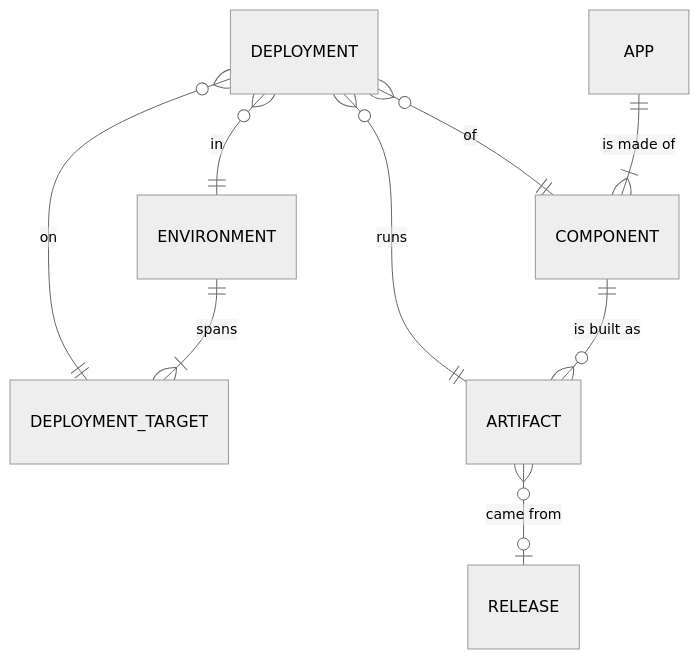
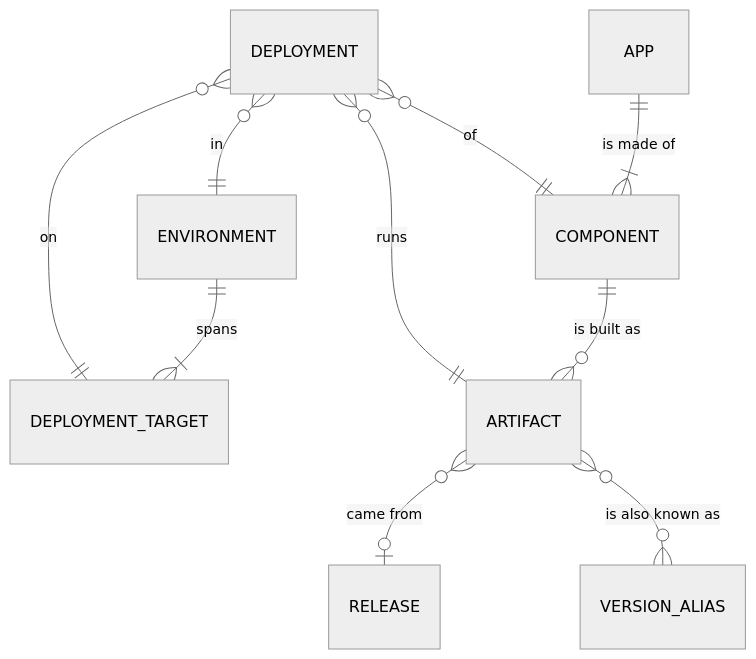
Before and after one commit to lislon/env-hopper: the diagram in CONTEXT.md, drawn with Mermaid (neutral theme). The commit also changed other lines of this file, not shown here.

First line of the commit message:
docs: add Version and Version Alias to the glossary

````diff
--- a/CONTEXT.md
+++ b/CONTEXT.md
@@ -41,11 +49,12 @@
 ```mermaid
 erDiagram
   APP ||--|{ COMPONENT : "is made of"
   ENVIRONMENT ||--|{ DEPLOYMENT_TARGET : "spans"
   COMPONENT ||--o{ ARTIFACT : "is built as"
   ARTIFACT }o--o| RELEASE : "came from"
+  ARTIFACT }o--o{ VERSION_ALIAS : "is also known as"
   DEPLOYMENT }o--|| COMPONENT : "of"
   DEPLOYMENT }o--|| ENVIRONMENT : "in"
   DEPLOYMENT }o--|| DEPLOYMENT_TARGET : "on"
   DEPLOYMENT }o--|| ARTIFACT : "runs"
 ```
````
